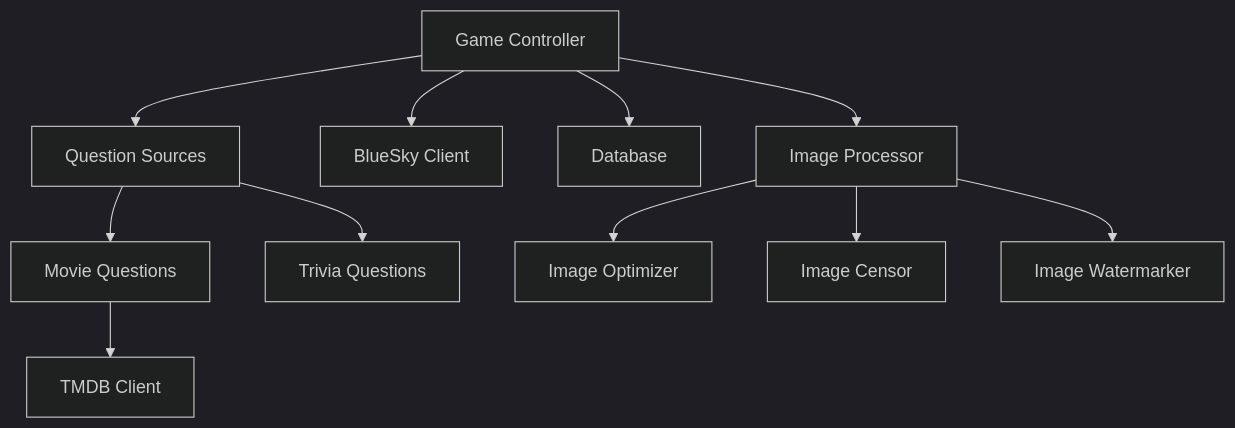
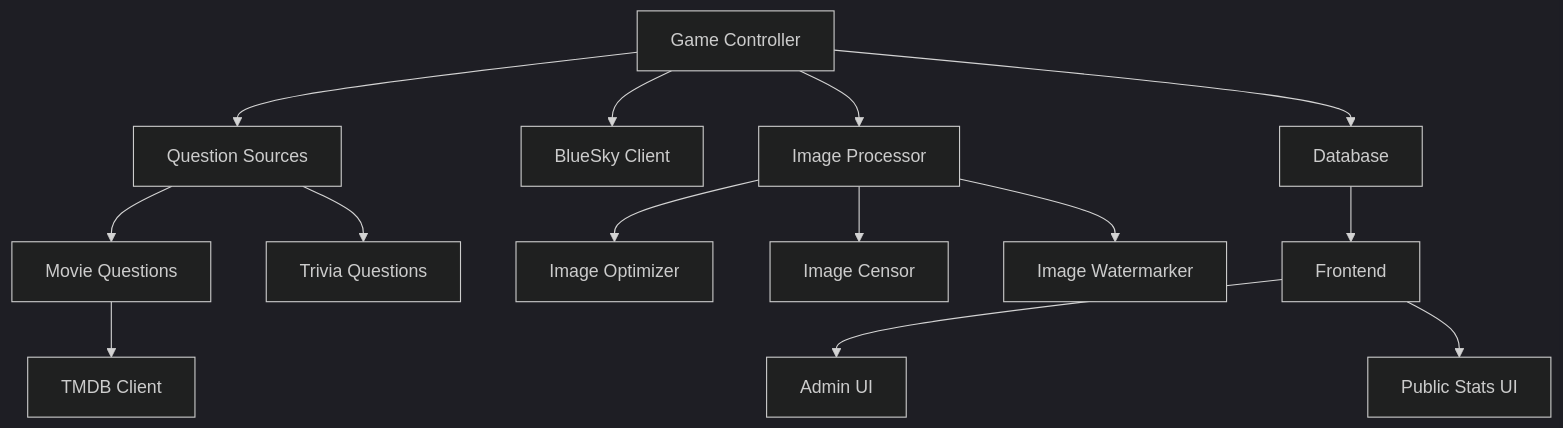
The first of 5 diagrams in memory-bank/systemPatterns.md (mikeisfree/bsky-movie-guesser), drawn with Mermaid (dark theme) before and after one commit. The commit also changed other lines of this file and 12 other files, not shown here.

````diff
--- a/memory-bank/systemPatterns.md
+++ b/memory-bank/systemPatterns.md
@@ -5,15 +5,19 @@
 ```mermaid
 graph TD
     GC[Game Controller] --> QS[Question Sources]
     GC --> BC[BlueSky Client]
     GC --> DB[Database]
     GC --> IP[Image Processor]
 
     QS --> MQ[Movie Questions]
     QS --> TQ[Trivia Questions]
     MQ --> TC[TMDB Client]
 
     IP --> IO[Image Optimizer]
     IP --> IC[Image Censor]
     IP --> IW[Image Watermarker]
+
+    DB --> FE[Frontend]
+    FE --> AUI[Admin UI]
+    FE --> PUI[Public Stats UI]
 ```
````
